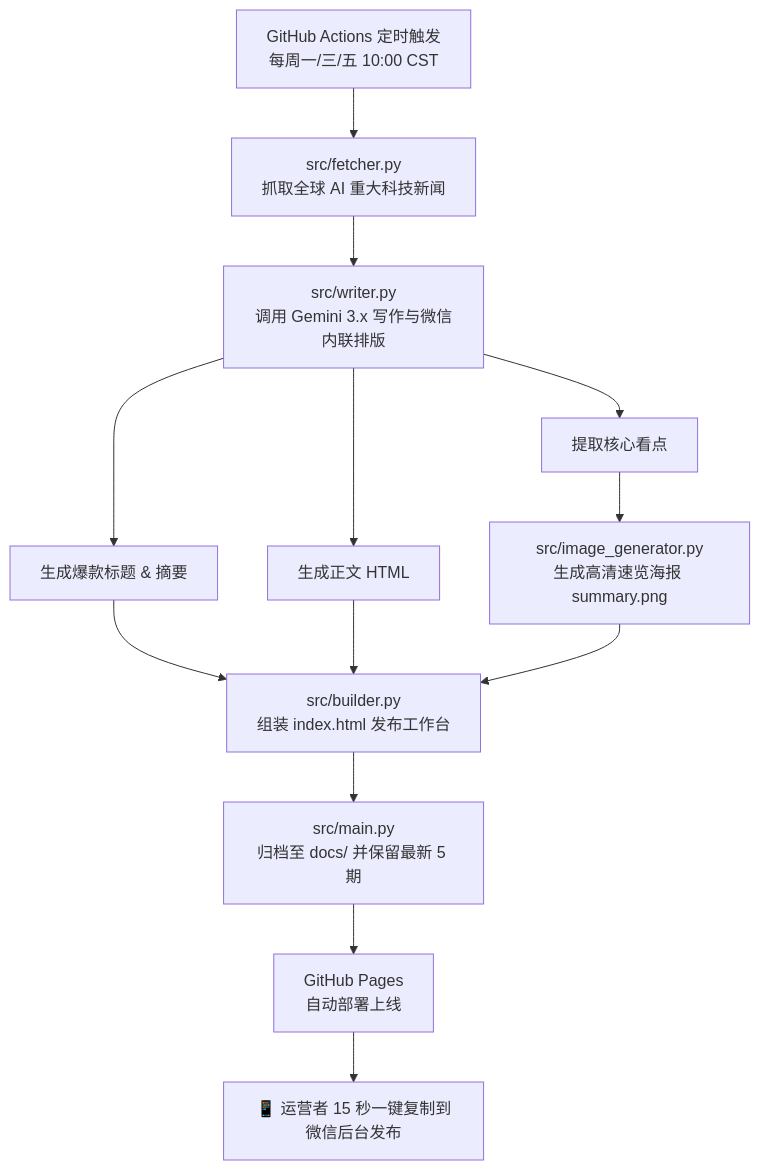
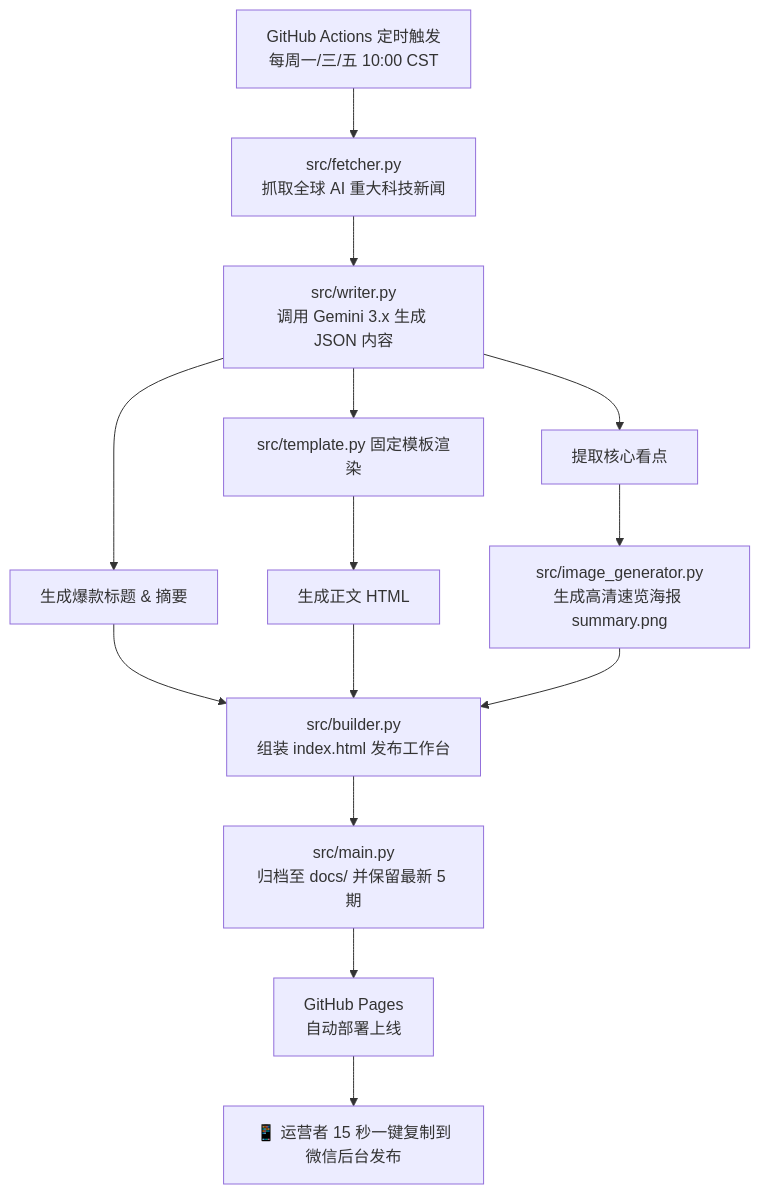
The diagram in README.md (jeffei/wechat-ai-daily), drawn with Mermaid before and after one commit. The commit also changed other lines of this file and 5 other files, not shown here.

Commit message:
feat: render AI news JSON with a fixed WeChat template

````diff
--- a/README.md
+++ b/README.md
@@ -22,13 +22,14 @@
 ```mermaid
 flowchart TD
     A[GitHub Actions 定时触发<br/>每周一/三/五 10:00 CST] --> B[src/fetcher.py<br/>抓取全球 AI 重大科技新闻]
-    B --> C[src/writer.py<br/>调用 Gemini 3.x 写作与微信内联排版]
+    B --> C[src/writer.py<br/>调用 Gemini 3.x 生成 JSON 内容]
     C --> D1[生成爆款标题 & 摘要]
-    C --> D2[生成正文 HTML]
+    C --> T[src/template.py 固定模板渲染]
+    T --> D2[生成正文 HTML]
     C --> D3[提取核心看点]
     D3 --> E[src/image_generator.py<br/>生成高清速览海报 summary.png]
     D1 & D2 & E --> F[src/builder.py<br/>组装 index.html 发布工作台]
     F --> G[src/main.py<br/>归档至 docs/ 并保留最新 5 期]
     G --> H[GitHub Pages<br/>自动部署上线]
     H --> I[📱 运营者 15 秒一键复制到微信后台发布]
 ```
````
